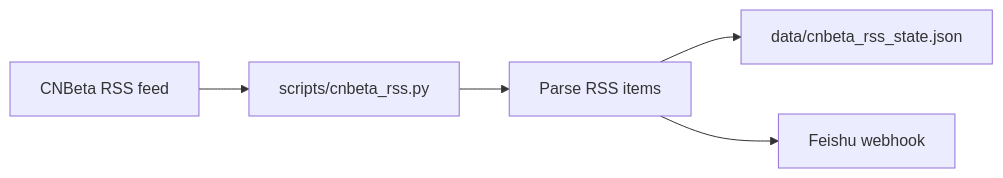
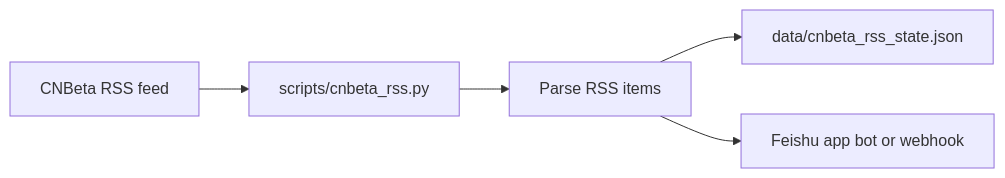
One commit to zjk1984/new-movie-tracker-skill changed the diagram in docs/project-context.md. Above: the diagram before and after it, drawn with Mermaid. The commit also changed other lines of this file and 4 other files, not shown here.

First line of the commit message:
Support Feishu app bot auth alongside webhook

````diff
--- a/docs/project-context.md
+++ b/docs/project-context.md
@@ -9,7 +9,7 @@
 ```mermaid
 flowchart LR
   RSS[CNBeta RSS feed] --> Fetch[scripts/cnbeta_rss.py]
   Fetch --> Parse[Parse RSS items]
   Parse --> State[data/cnbeta_rss_state.json]
-  Parse --> Feishu[Feishu webhook]
+  Parse --> Feishu[Feishu app bot or webhook]
 ```
````
